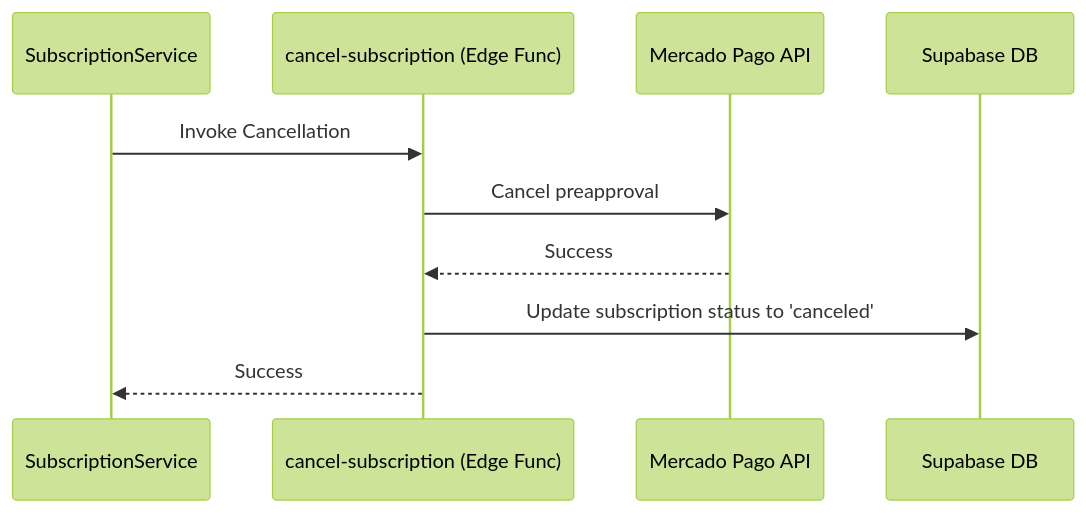
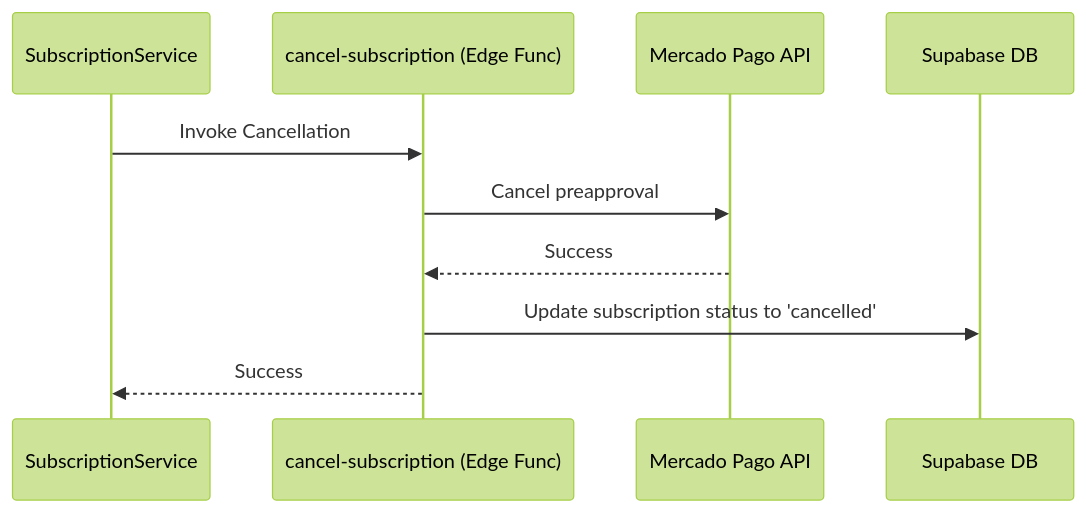
The third of 4 diagrams in specs/changes/subscription-management/design.md (Alejoiss/semeando-devs-ng), drawn with Mermaid (forest theme) before and after one commit. The commit also changed 4 other files, not shown here.

Commit message:
feat: add debug script, update ML public key, and standardize subscription status to 'cancelled'

````diff
--- a/specs/changes/subscription-management/design.md
+++ b/specs/changes/subscription-management/design.md
@@ -55,13 +55,13 @@
 ```mermaid
 sequenceDiagram
     participant App as SubscriptionService
     participant Func as cancel-subscription (Edge Func)
     participant MP as Mercado Pago API
     participant DB as Supabase DB
 
     App->>Func: Invoke Cancellation
     Func->>MP: Cancel preapproval
     MP-->>Func: Success
-    Func->>DB: Update subscription status to 'canceled'
+    Func->>DB: Update subscription status to 'cancelled'
     Func-->>App: Success
 ```
````
